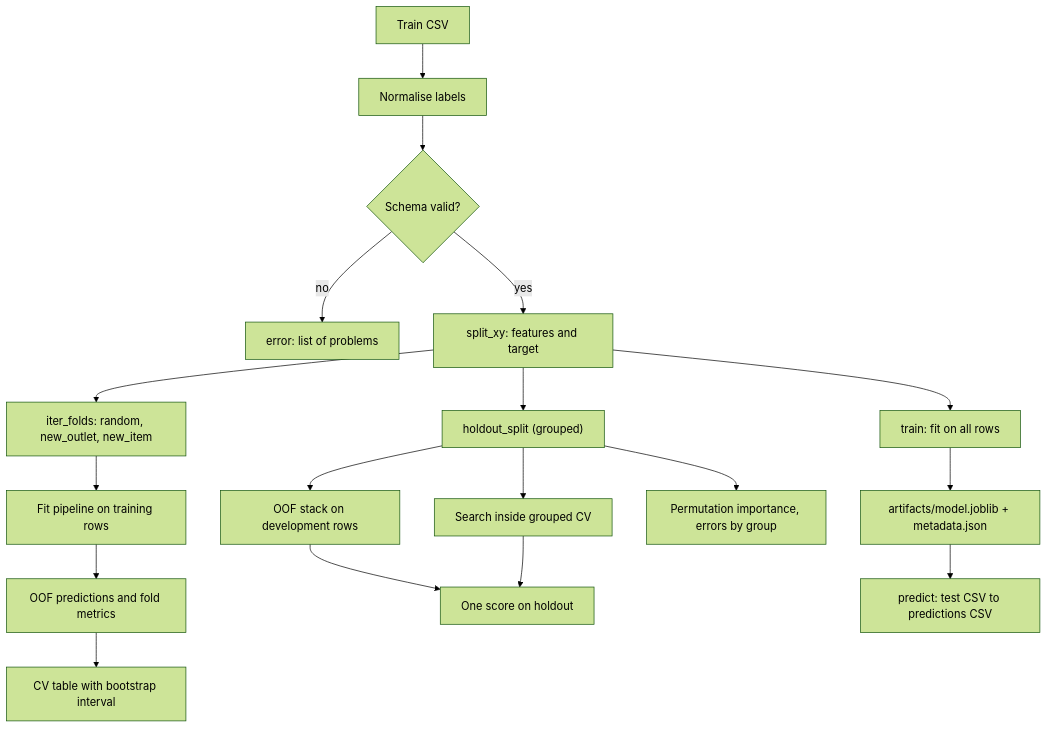
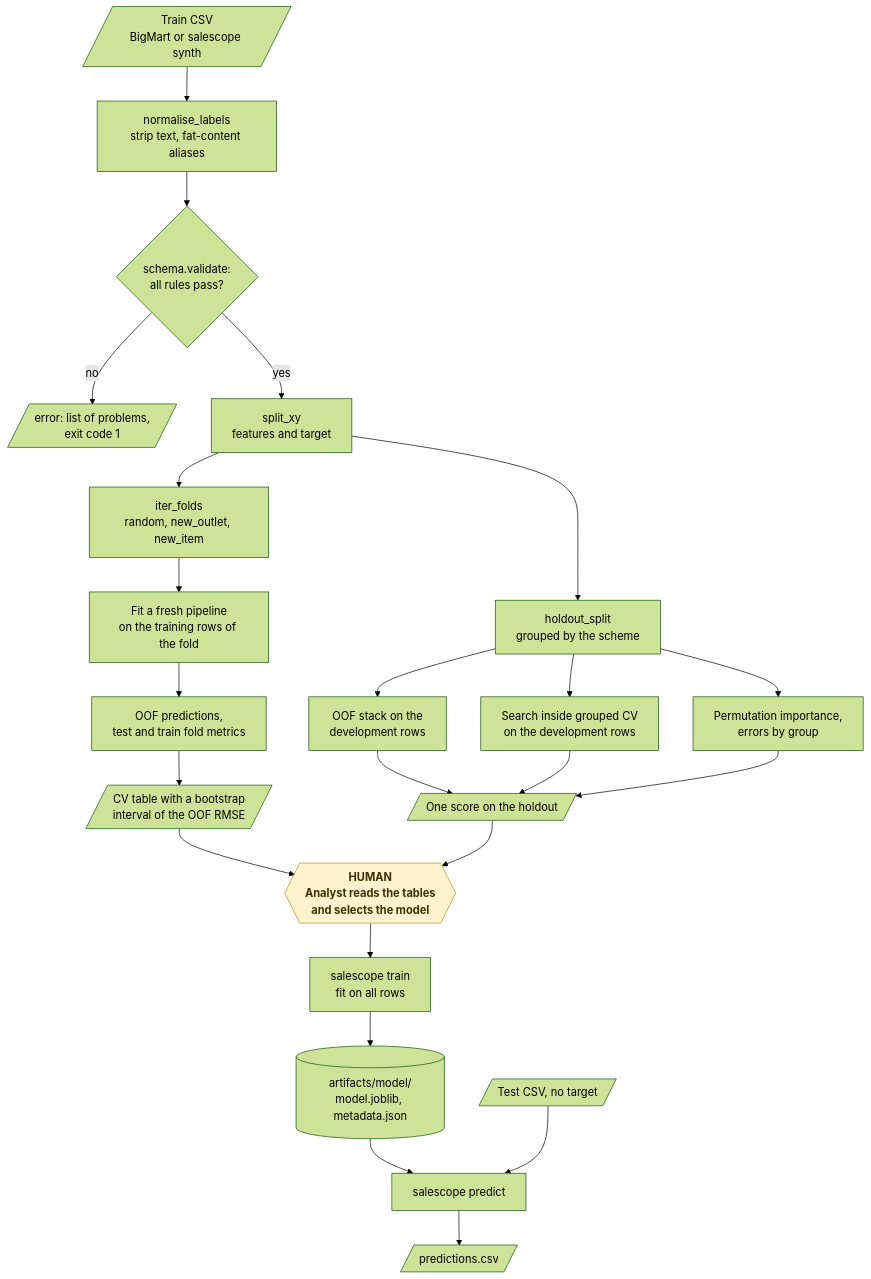
The fifth of 19 diagrams in README.md (KrishnaAnnavaram/salescope), drawn with Mermaid (forest theme) before and after one commit. The commit also changed other lines of this file, not shown here.

Commit message:
Add the workflow diagrams to the README

````diff
--- a/README.md
+++ b/README.md
@@ -225,16 +268,28 @@
 ```mermaid
-flowchart TB
-    CSV["Train CSV"] --> NORM["Normalise labels"] --> VAL{"Schema valid?"}
-    VAL -- "no" --> ERR["error: list of problems"]
-    VAL -- "yes" --> XY["split_xy: features and target"]
-    XY --> CV["iter_folds: random, new_outlet, new_item"]
-    CV --> FIT["Fit pipeline on training rows"]
-    FIT --> OOF["OOF predictions and fold metrics"]
-    OOF --> TAB["CV table with bootstrap interval"]
-    XY --> HOLD["holdout_split (grouped)"]
-    HOLD --> STK["OOF stack on development rows"] --> HS["One score on holdout"]
-    HOLD --> TUNE["Search inside grouped CV"] --> HS
-    HOLD --> EXP["Permutation importance, errors by group"]
-    XY --> TRAIN["train: fit on all rows"] --> SAVE["artifacts/model.joblib + metadata.json"]
-    SAVE --> PRED["predict: test CSV to predictions CSV"]
+flowchart TD
+    CSV[/"Train CSV<br/>BigMart or salescope synth"/] --> NORM["normalise_labels<br/>strip text, fat-content aliases"]
+    NORM --> VAL{"schema.validate:<br/>all rules pass?"}
+    VAL -- "no" --> ERR[/"error: list of problems,<br/>exit code 1"/]
+    VAL -- "yes" --> XY["split_xy<br/>features and target"]
+    XY --> CV["iter_folds<br/>random, new_outlet, new_item"]
+    CV --> FIT["Fit a fresh pipeline<br/>on the training rows of the fold"]
+    FIT --> OOF["OOF predictions,<br/>test and train fold metrics"]
+    OOF --> TAB[/"CV table with a bootstrap<br/>interval of the OOF RMSE"/]
+    XY --> HOLD["holdout_split<br/>grouped by the scheme"]
+    HOLD --> STK["OOF stack on the<br/>development rows"]
+    HOLD --> TUNE["Search inside grouped CV<br/>on the development rows"]
+    HOLD --> EXP["Permutation importance,<br/>errors by group"]
+    STK --> HS[/"One score on the holdout"/]
+    TUNE --> HS
+    EXP --> HS
+    TAB --> HUM{{"HUMAN<br/>Analyst reads the tables<br/>and selects the model"}}
+    HS --> HUM
+    HUM --> TRAIN["salescope train<br/>fit on all rows"]
+    TRAIN --> SAVE[("artifacts/model/<br/>model.joblib, metadata.json")]
+    SAVE --> PRED["salescope predict"]
+    TEST[/"Test CSV, no target"/] --> PRED
+    PRED --> OUT[/"predictions.csv"/]
+
+    classDef human fill:#fff3cd,stroke:#b8901f,color:#3d2f00,font-weight:bold
+    class HUM human
 ```
````
